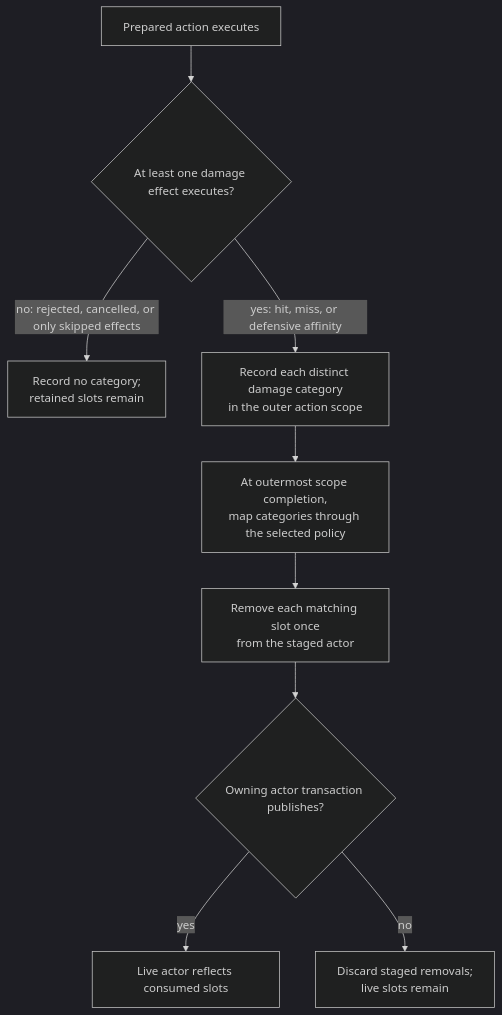
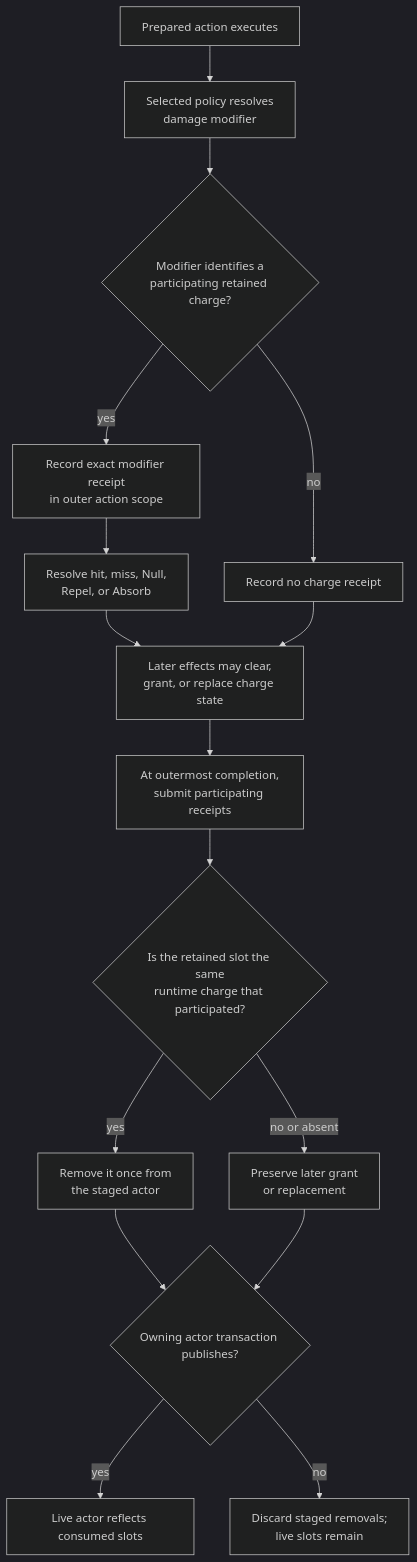
Before and after one commit to KayelC/Convergence: the seventh of 8 diagrams in docs/technical/combat-resolution-pipeline.md, drawn with Mermaid (dark theme). The commit also changed other lines of this file and 14 other files, not shown here.

````diff
--- a/docs/technical/combat-resolution-pipeline.md
+++ b/docs/technical/combat-resolution-pipeline.md
@@ -225,11 +227,18 @@
 ```mermaid
 flowchart TB
-    Action["Prepared action executes"] --> Damage{"At least one damage effect executes?"}
-    Damage -->|"no: rejected, cancelled, or only skipped effects"| Unchanged["Record no category;<br/>retained slots remain"]
-    Damage -->|"yes: hit, miss, or defensive affinity"| Record["Record each distinct damage category<br/>in the outer action scope"]
-    Record --> Complete["At outermost scope completion,<br/>map categories through the selected policy"]
-    Complete --> Stage["Remove each matching slot once<br/>from the staged actor"]
+    Action["Prepared action executes"] --> Resolve["Selected policy resolves<br/>damage modifier"]
+    Resolve --> Charged{"Modifier identifies a<br/>participating retained charge?"}
+    Charged -->|"no"| NoReceipt["Record no charge receipt"]
+    Charged -->|"yes"| Receipt["Record exact modifier receipt<br/>in outer action scope"]
+    Receipt --> Outcome["Resolve hit, miss, Null,<br/>Repel, or Absorb"]
+    Outcome --> Later["Later effects may clear,<br/>grant, or replace charge state"]
+    NoReceipt --> Later
+    Later --> Complete["At outermost completion,<br/>submit participating receipts"]
+    Complete --> Same{"Is the retained slot the same<br/>runtime charge that participated?"}
+    Same -->|"yes"| Stage["Remove it once from<br/>the staged actor"]
+    Same -->|"no or absent"| Preserve["Preserve later grant<br/>or replacement"]
     Stage --> Commit{"Owning actor transaction publishes?"}
+    Preserve --> Commit
     Commit -->|"yes"| Published["Live actor reflects consumed slots"]
     Commit -->|"no"| Discarded["Discard staged removals;<br/>live slots remain"]
 ```
````
